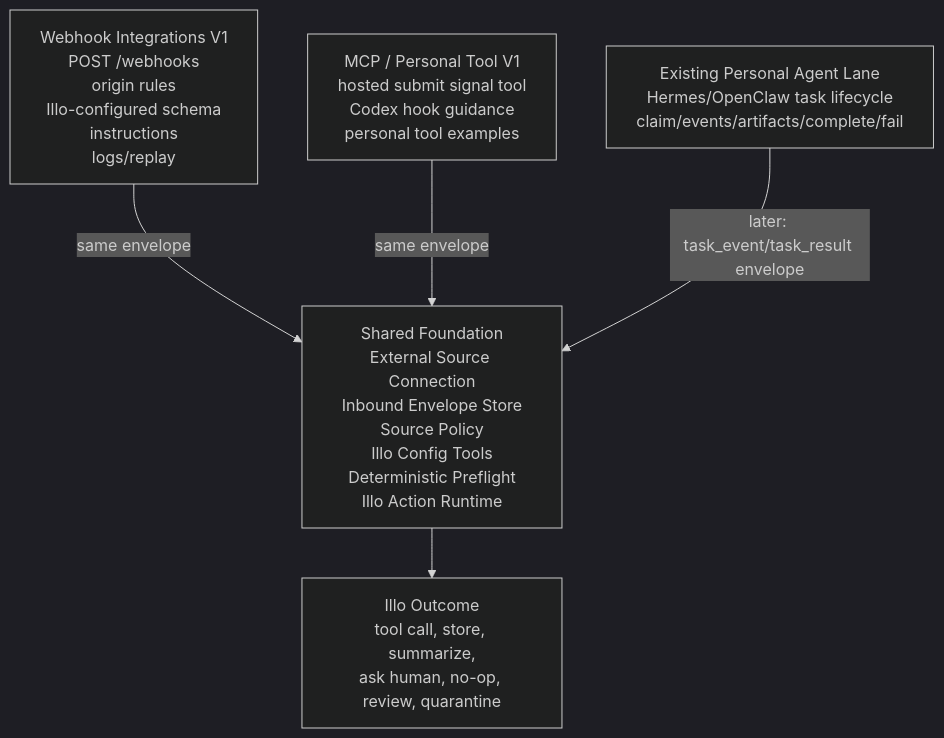
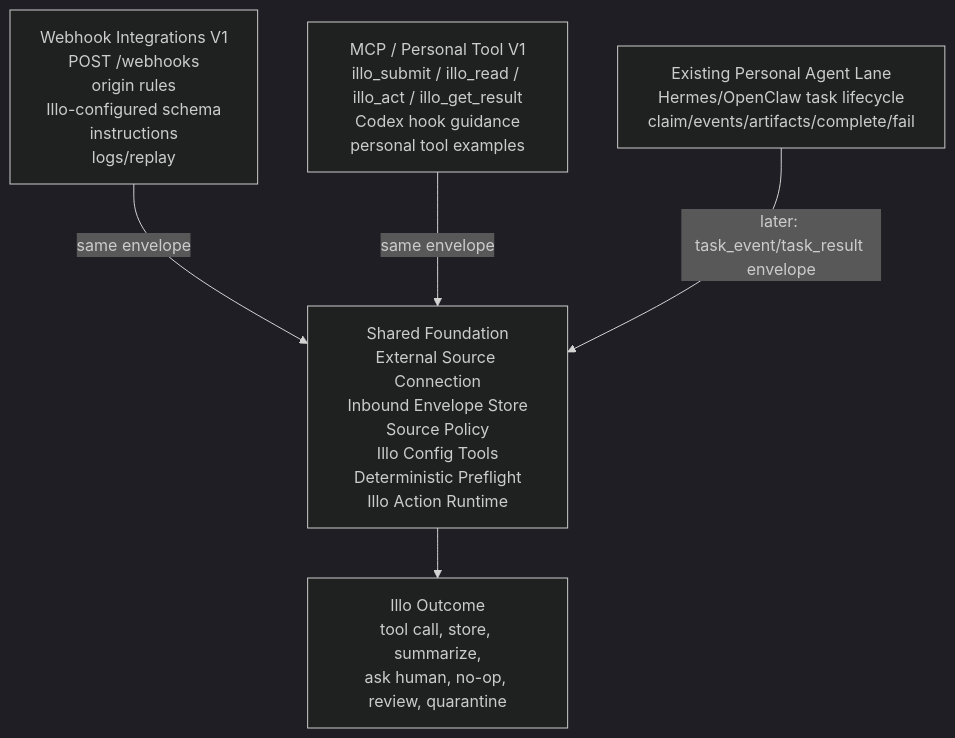
Before and after one commit to Illospace/illospace: the seventh of 7 diagrams in docs/prd-inbound-coordination-layer.md, drawn with Mermaid (dark theme). The commit also changed other lines of this file and 15 other files, not shown here.

````diff
--- a/docs/prd-inbound-coordination-layer.md
+++ b/docs/prd-inbound-coordination-layer.md
@@ -849,16 +878,16 @@
 ```mermaid
 flowchart TD
     Foundation["Shared Foundation<br/>External Source Connection<br/>Inbound Envelope Store<br/>Source Policy<br/>Illo Config Tools<br/>Deterministic Preflight<br/>Illo Action Runtime"]
 
     Webhook["Webhook Integrations V1<br/>POST /webhooks<br/>origin rules<br/>Illo-configured schema<br/>instructions<br/>logs/replay"]
 
-    MCP["MCP / Personal Tool V1<br/>hosted submit signal tool<br/>Codex hook guidance<br/>personal tool examples"]
+    MCP["MCP / Personal Tool V1<br/>illo_submit / illo_read / illo_act / illo_get_result<br/>Codex hook guidance<br/>personal tool examples"]
 
     Agents["Existing Personal Agent Lane<br/>Hermes/OpenClaw task lifecycle<br/>claim/events/artifacts/complete/fail"]
 
     Webhook -->|"same envelope"| Foundation
     MCP -->|"same envelope"| Foundation
     Agents -->|"later: task_event/task_result envelope"| Foundation
 
     Foundation --> Action["Illo Outcome<br/>tool call, store, summarize,<br/>ask human, no-op, review, quarantine"]
 ```
````
